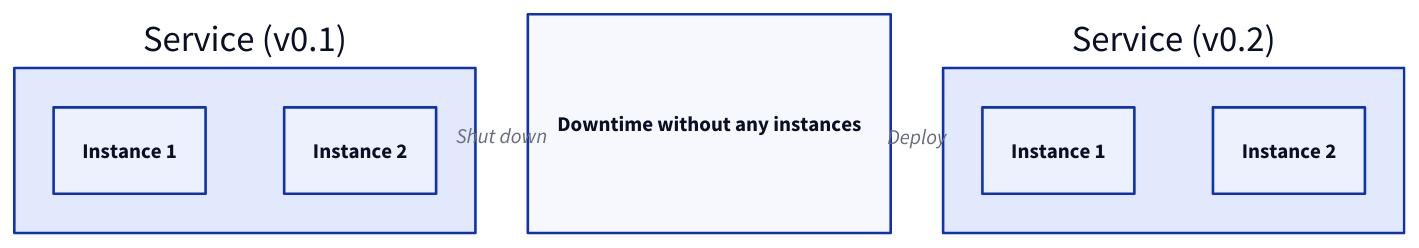
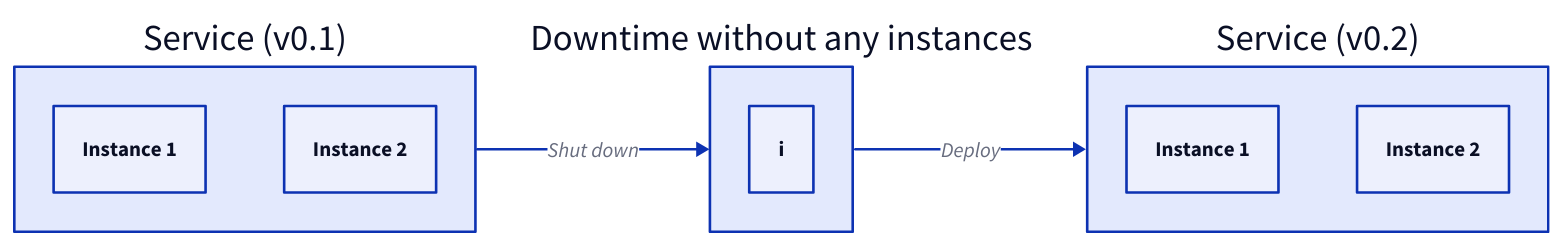
One commit to link1905/system-design-101 changed the second of 9 diagrams in content/docs/system-administration/system-deployment/deployment-strategies.md. Above: the diagram before and after it, drawn with D2. The commit also changed other lines of this file and 21 other files, not shown here.

````diff
--- a/content/docs/system-administration/system-deployment/deployment-strategies.md
+++ b/content/docs/system-administration/system-deployment/deployment-strategies.md
@@ -31,22 +31,26 @@
 ```d2
 grid-rows: 1
 s1: Service (v0.1) {
     i1: Instance 1 {
         class: server
     }
     i2: Instance 2 {
         class: server
     }
 }
-s: Downtime without any instances
+s: Downtime without any instances {
+  i: {
+    class: none
+  }
+}
 s2: Service (v0.2) {
   i1: Instance 1 {
     class: server
   }
   i2: Instance 2 {
     class: server
   }
 }
 s1 -> s: Shut down
 s -> s2: Deploy
 ```
````
